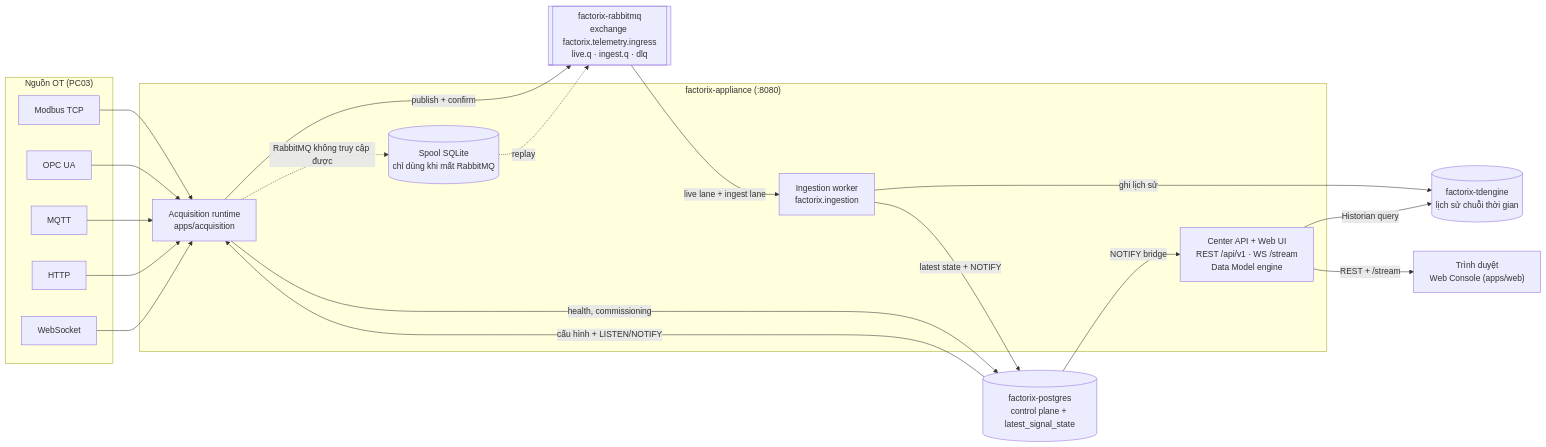
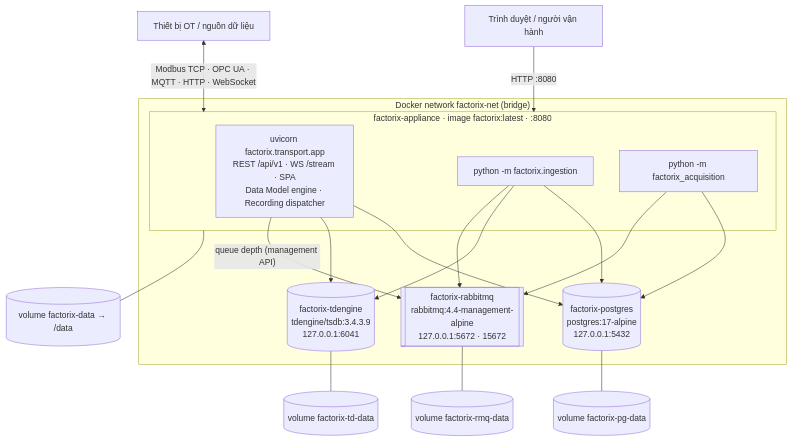
Before and after one commit to dangtai111325/factoriX: the second of 13 diagrams in README.md, drawn with Mermaid. The commit also changed other lines of this file, not shown here.

First line of the commit message:
docs(readme): expand the README into a product wiki with architecture and flow diagrams

````diff
--- a/README.md
+++ b/README.md
@@ -31,39 +70,30 @@
 ```mermaid
-flowchart LR
-    subgraph OT["Nguồn OT (PC03)"]
-        MB["Modbus TCP"]
-        OPC["OPC UA"]
-        MQ["MQTT"]
-        HT["HTTP"]
-        WSS["WebSocket"]
+flowchart TB
+    USER["Trình duyệt / người vận hành"] -->|"HTTP :8080"| APP
+    OT["Thiết bị OT / nguồn dữ liệu"] <-->|"Modbus TCP · OPC UA · MQTT · HTTP · WebSocket"| APP
+
+    subgraph NET["Docker network factorix-net (bridge)"]
+        subgraph APP["factorix-appliance · image factorix:latest · :8080"]
+            UV["uvicorn factorix.transport.app<br/>REST /api/v1 · WS /stream · SPA<br/>Data Model engine · Recording dispatcher"]
+            ING["python -m factorix.ingestion"]
+            ACQ["python -m factorix_acquisition"]
+        end
+        PG[("factorix-postgres<br/>postgres:17-alpine<br/>127.0.0.1:5432")]
+        RMQ[["factorix-rabbitmq<br/>rabbitmq:4.4-management-alpine<br/>127.0.0.1:5672 · 15672"]]
+        TD[("factorix-tdengine<br/>tdengine/tsdb:3.4.3.9<br/>127.0.0.1:6041")]
     end
 
-    subgraph APP["factorix-appliance (:8080)"]
-        ACQ["Acquisition runtime<br/>apps/acquisition"]
-        SPOOL[("Spool SQLite<br/>chỉ dùng khi mất RabbitMQ")]
-        ING["Ingestion worker<br/>factorix.ingestion"]
-        API["Center API + Web UI<br/>REST /api/v1 · WS /stream<br/>Data Model engine"]
-    end
+    APP --- V1[("volume factorix-data → /data")]
+    PG --- V2[("volume factorix-pg-data")]
+    RMQ --- V3[("volume factorix-rmq-data")]
+    TD --- V4[("volume factorix-td-data")]
 
-    RMQ[["factorix-rabbitmq<br/>exchange factorix.telemetry.ingress<br/>live.q · ingest.q · dlq"]]
-    TD[("factorix-tdengine<br/>lịch sử chuỗi thời gian")]
-    PG[("factorix-postgres<br/>control plane + latest_signal_state")]
-    WEB["Trình duyệt<br/>Web Console (apps/web)"]
-
-    MB --> ACQ
-    OPC --> ACQ
-    MQ --> ACQ
-    HT --> ACQ
-    WSS --> ACQ
-    PG -->|"cấu hình + LISTEN/NOTIFY"| ACQ
-    ACQ -->|"publish + confirm"| RMQ
-    ACQ -.->|"RabbitMQ không truy cập được"| SPOOL
-    SPOOL -.->|"replay"| RMQ
-    ACQ -->|"health, commissioning"| PG
-    RMQ -->|"live lane + ingest lane"| ING
-    ING -->|"ghi lịch sử"| TD
-    ING -->|"latest state + NOTIFY"| PG
-    PG -->|"NOTIFY bridge"| API
-    API -->|"Historian query"| TD
-    API -->|"REST + /stream"| WEB
+    UV --> PG
+    UV --> TD
+    UV -->|"queue depth (management API)"| RMQ
+    ING --> PG
+    ING --> TD
+    ING --> RMQ
+    ACQ --> PG
+    ACQ --> RMQ
 ```
````
